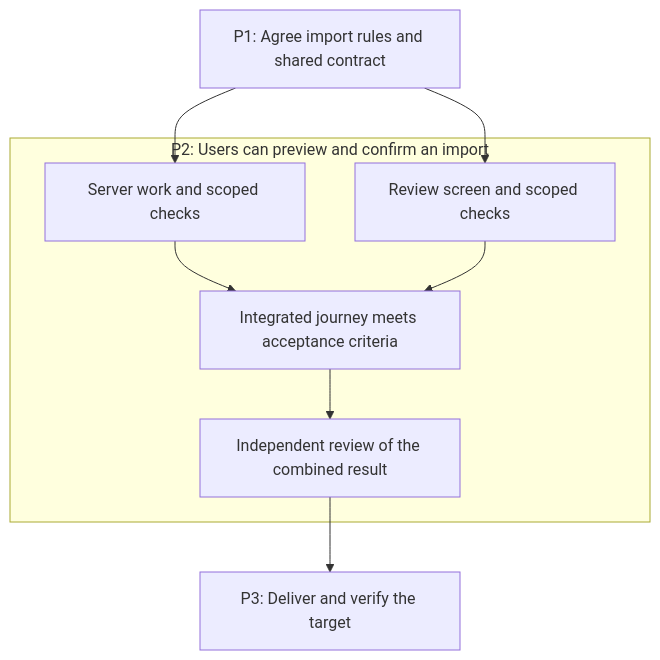
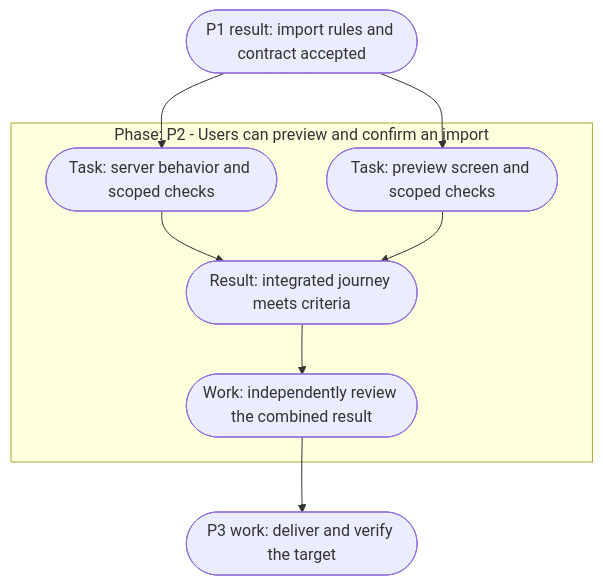
Before and after one commit to bobalazek/skills: the second of 3 diagrams in docs/workflows.md, drawn with Mermaid. The commit also changed other lines of this file and 5 other files, not shown here.

````diff
--- a/docs/workflows.md
+++ b/docs/workflows.md
@@ -101,11 +157,11 @@
 ```mermaid
 flowchart TD
-  P1["P1: Agree import rules and shared contract"] --> API
+  P1(["P1 result: import rules and contract accepted"]) --> API
   P1 --> UI
-  subgraph P2["P2: Users can preview and confirm an import"]
-    API["Server work and scoped checks"] --> Join["Integrated journey meets acceptance criteria"]
-    UI["Review screen and scoped checks"] --> Join
-    Join --> Review["Independent review of the combined result"]
+  subgraph P2["Phase: P2 - Users can preview and confirm an import"]
+    API(["Task: server behavior and scoped checks"]) --> Join(["Result: integrated journey meets criteria"])
+    UI(["Task: preview screen and scoped checks"]) --> Join
+    Join --> Review(["Work: independently review the combined result"])
   end
-  Review --> P3["P3: Deliver and verify the target"]
+  Review --> P3(["P3 work: deliver and verify the target"])
 ```
````
